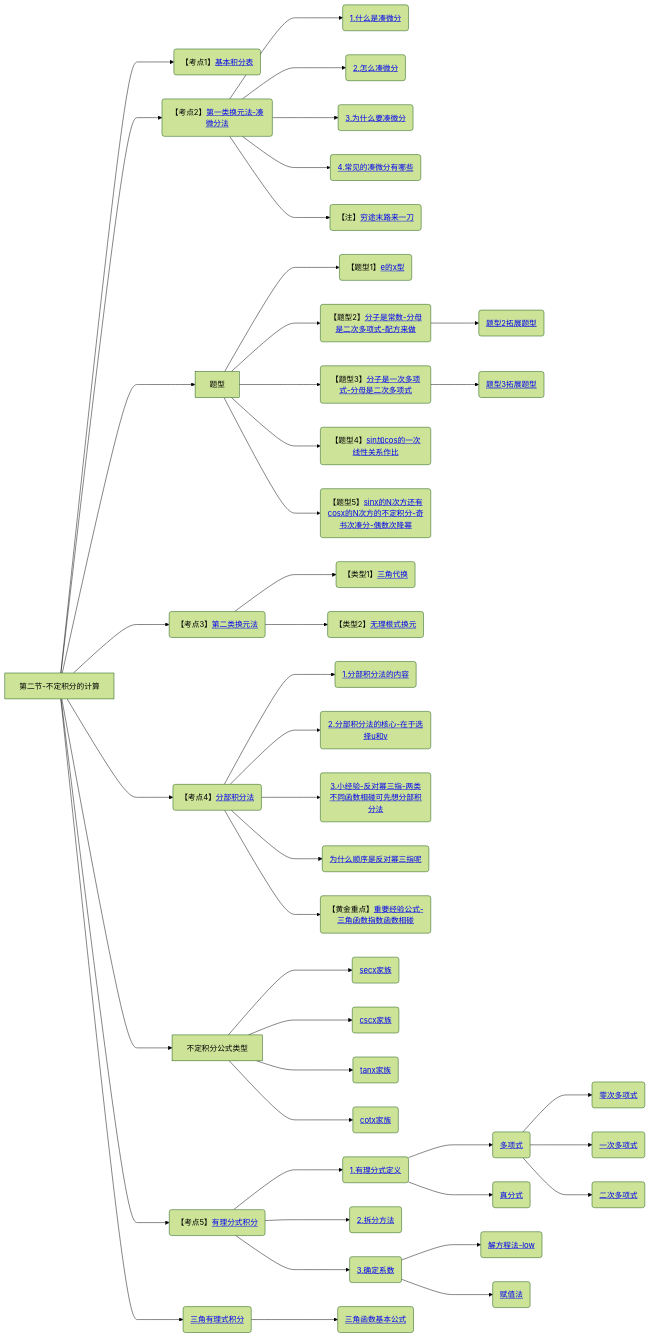
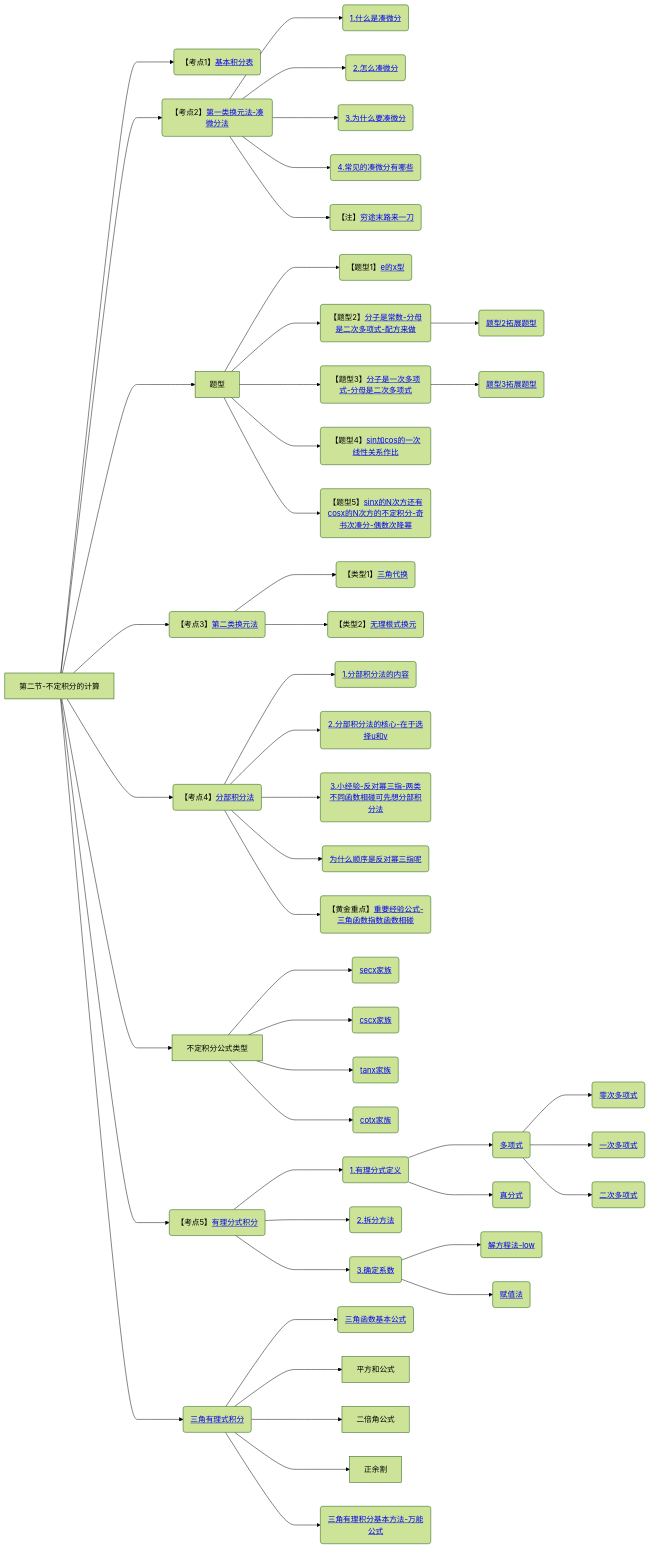
Diagram 18 of 18 in 笔记/数学/周洋鑫/01.基础班思维导图.md (yuebinghui/note), drawn with Mermaid (forest theme) before and after one commit. The commit also changed 5 other files, not shown here.

````diff
--- a/笔记/数学/周洋鑫/01.基础班思维导图.md
+++ b/笔记/数学/周洋鑫/01.基础班思维导图.md
@@ -625,54 +625,58 @@
 ```mermaid
 graph LR
 第二节-不定积分的计算
 
 第二节-不定积分的计算--->基本积分表(【考点1】<a href="/Users/yuebinghui/Documents/program/github/note/笔记/数学/周洋鑫/基础班/18.不定积分_1.md#基本积分表">基本积分表</>)
 
 第二节-不定积分的计算--->第一类换元法-凑微分法(【考点2】<a href="/Users/yuebinghui/Documents/program/github/note/笔记/数学/周洋鑫/基础班/18.不定积分_1.md#第一类换元法-凑微分法">第一类换元法-凑微分法</>)
 第一类换元法-凑微分法--->1.什么是凑微分(<a href="/Users/yuebinghui/Documents/program/github/note/笔记/数学/周洋鑫/基础班/18.不定积分_1.md#1.什么是凑微分">1.什么是凑微分</>)
 第一类换元法-凑微分法--->2.怎么凑微分(<a href="/Users/yuebinghui/Documents/program/github/note/笔记/数学/周洋鑫/基础班/18.不定积分_1.md#2.怎么凑微分">2.怎么凑微分</>)
 第一类换元法-凑微分法--->3.为什么要凑微分(<a href="/Users/yuebinghui/Documents/program/github/note/笔记/数学/周洋鑫/基础班/18.不定积分_1.md#3.为什么要凑微分">3.为什么要凑微分</>)
 第一类换元法-凑微分法--->4.常见的凑微分有哪些(<a href="/Users/yuebinghui/Documents/program/github/note/笔记/数学/周洋鑫/基础班/18.不定积分_1.md#4.常见的凑微分有哪些">4.常见的凑微分有哪些</>)
 第一类换元法-凑微分法--->穷途末路来一刀(【注】<a href="/Users/yuebinghui/Documents/program/github/note/笔记/数学/周洋鑫/基础班/18.不定积分_1.md#穷途末路来一刀">穷途末路来一刀</>)
 
 第二节-不定积分的计算--->题型
 题型--->e的x型(【题型1】<a href="/Users/yuebinghui/Documents/program/github/note/笔记/数学/周洋鑫/基础班/18.不定积分_1.md#e的x型">e的x型</>)
 题型--->分子是常数-分母是二次多项式-配方来做(【题型2】<a href="/Users/yuebinghui/Documents/program/github/note/笔记/数学/周洋鑫/基础班/19.不定积分_2.md#分子是常数-分母是二次多项式-配方来做">分子是常数-分母是二次多项式-配方来做</>)
 分子是常数-分母是二次多项式-配方来做--->题型2拓展题型(<a href="/Users/yuebinghui/Documents/program/github/note/笔记/数学/周洋鑫/基础班/19.不定积分_2.md#题型2拓展题型">题型2拓展题型</>)
 题型--->分子是一次多项式-分母是二次多项式(【题型3】<a href="/Users/yuebinghui/Documents/program/github/note/笔记/数学/周洋鑫/基础班/19.不定积分_2.md#分子是一次多项式-分母是二次多项式">分子是一次多项式-分母是二次多项式</>)
 分子是一次多项式-分母是二次多项式--->题型3拓展题型(<a href="/Users/yuebinghui/Documents/program/github/note/笔记/数学/周洋鑫/基础班/19.不定积分_2.md#题型3拓展题型">题型3拓展题型</>)
 题型--->sin加cos的一次线性关系作比(【题型4】<a href="/Users/yuebinghui/Documents/program/github/note/笔记/数学/周洋鑫/基础班/19.不定积分_2.md#sin加cos的一次线性关系作比">sin加cos的一次线性关系作比</>)
 题型--->sinx的N次方还有cosx的N次方的不定积分-奇书次凑分-偶数次降幂(【题型5】<a href="/Users/yuebinghui/Documents/program/github/note/笔记/数学/周洋鑫/基础班/19.不定积分_2.md#sinx的N次方还有cosx的N次方的不定积分-奇书次凑分-偶数次降幂">sinx的N次方还有cosx的N次方的不定积分-奇书次凑分-偶数次降幂</>)
 
 第二节-不定积分的计算--->第二类换元法(【考点3】<a href="/Users/yuebinghui/Documents/program/github/note/笔记/数学/周洋鑫/基础班/19.不定积分_2.md#第二类换元法">第二类换元法</>)
 第二类换元法--->三角代换(【类型1】<a href="/Users/yuebinghui/Documents/program/github/note/笔记/数学/周洋鑫/基础班/19.不定积分_2.md#三角代换">三角代换</>)
 第二类换元法--->无理根式换元(【类型2】<a href="/Users/yuebinghui/Documents/program/github/note/笔记/数学/周洋鑫/基础班/19.不定积分_2.md#无理根式换元">无理根式换元</>)
 
 第二节-不定积分的计算--->分部积分法(【考点4】<a href="/Users/yuebinghui/Documents/program/github/note/笔记/数学/周洋鑫/基础班/19.不定积分_2.md#分部积分法">分部积分法</>)
 分部积分法--->1.分部积分法的内容(<a href="/Users/yuebinghui/Documents/program/github/note/笔记/数学/周洋鑫/基础班/19.不定积分_2.md#1.分部积分法的内容">1.分部积分法的内容</>)
 分部积分法--->2.分部积分法的核心-在于选择u和v(<a href="/Users/yuebinghui/Documents/program/github/note/笔记/数学/周洋鑫/基础班/19.不定积分_2.md#2.分部积分法的核心-在于选择u和v">2.分部积分法的核心-在于选择u和v</>)
 分部积分法--->3.小经验-反对幂三指-两类不同函数相碰可先想分部积分法(<a href="/Users/yuebinghui/Documents/program/github/note/笔记/数学/周洋鑫/基础班/19.不定积分_2.md#3.小经验-反对幂三指-两类不同函数相碰可先想分部积分法">3.小经验-反对幂三指-两类不同函数相碰可先想分部积分法</>)
 分部积分法--->为什么顺序是反对幂三指呢(<a href="/Users/yuebinghui/Documents/program/github/note/笔记/数学/周洋鑫/基础班/19.不定积分_2.md#为什么顺序是反对幂三指呢">为什么顺序是反对幂三指呢</>)
 分部积分法--->重要经验公式-三角函数指数函数相碰(【黄金重点】<a href="/Users/yuebinghui/Documents/program/github/note/笔记/数学/周洋鑫/基础班/19.不定积分_2.md#重要经验公式-三角函数指数函数相碰">重要经验公式-三角函数指数函数相碰</>)
 
 第二节-不定积分的计算--->不定积分公式类型
 不定积分公式类型--->secx家族(<a href="/Users/yuebinghui/Documents/program/github/note/笔记/数学/周洋鑫/基础班/20.不定积分_3.md#secx家族">secx家族</>)
 不定积分公式类型--->cscx家族(<a href="/Users/yuebinghui/Documents/program/github/note/笔记/数学/周洋鑫/基础班/20.不定积分_3.md#cscx家族">cscx家族</>)
 不定积分公式类型--->tanx家族(<a href="/Users/yuebinghui/Documents/program/github/note/笔记/数学/周洋鑫/基础班/20.不定积分_3.md#tanx家族">tanx家族</>)
 不定积分公式类型--->cotx家族(<a href="/Users/yuebinghui/Documents/program/github/note/笔记/数学/周洋鑫/基础班/20.不定积分_3.md#cotx家族">cotx家族</>)
 
 第二节-不定积分的计算--->有理分式积分(【考点5】<a href="/Users/yuebinghui/Documents/program/github/note/笔记/数学/周洋鑫/基础班/20.不定积分_3.md#有理分式积分">有理分式积分</>)
 有理分式积分--->1.有理分式定义(<a href="/Users/yuebinghui/Documents/program/github/note/笔记/数学/周洋鑫/基础班/20.不定积分_3.md#1.有理分式定义">1.有理分式定义</>)
 1.有理分式定义--->多项式(<a href="/Users/yuebinghui/Documents/program/github/note/笔记/数学/周洋鑫/基础班/20.不定积分_3.md#多项式">多项式</>)
 多项式--->零次多项式(<a href="/Users/yuebinghui/Documents/program/github/note/笔记/数学/周洋鑫/基础班/20.不定积分_3.md#零次多项式">零次多项式</>)
 多项式--->一次多项式(<a href="/Users/yuebinghui/Documents/program/github/note/笔记/数学/周洋鑫/基础班/20.不定积分_3.md#一次多项式">一次多项式</>)
 多项式--->二次多项式(<a href="/Users/yuebinghui/Documents/program/github/note/笔记/数学/周洋鑫/基础班/20.不定积分_3.md#二次多项式">二次多项式</>)
 1.有理分式定义--->真分式(<a href="/Users/yuebinghui/Documents/program/github/note/笔记/数学/周洋鑫/基础班/20.不定积分_3.md#真分式">真分式</>)
 有理分式积分--->2.拆分方法(<a href="/Users/yuebinghui/Documents/program/github/note/笔记/数学/周洋鑫/基础班/20.不定积分_3.md#2.拆分方法">2.拆分方法</>)
 有理分式积分--->3.确定系数(<a href="/Users/yuebinghui/Documents/program/github/note/笔记/数学/周洋鑫/基础班/20.不定积分_3.md#3.确定系数">3.确定系数</>)
 3.确定系数--->解方程法-low(<a href="/Users/yuebinghui/Documents/program/github/note/笔记/数学/周洋鑫/基础班/20.不定积分_3.md#解方程法-low">解方程法-low</>)
 3.确定系数--->赋值法(<a href="/Users/yuebinghui/Documents/program/github/note/笔记/数学/周洋鑫/基础班/20.不定积分_3.md#赋值法">赋值法</>)
 
 第二节-不定积分的计算--->三角有理式积分(<a href="/Users/yuebinghui/Documents/program/github/note/笔记/数学/周洋鑫/基础班/20.不定积分_3.md#三角有理式积分">三角有理式积分</>)
 三角有理式积分--->三角函数基本公式(<a href="/Users/yuebinghui/Documents/program/github/note/笔记/数学/周洋鑫/基础班/20.不定积分_3.md#三角函数基本公式">三角函数基本公式</>)
+三角有理式积分--->平方和公式
+三角有理式积分--->二倍角公式
+三角有理式积分--->正余割
+三角有理式积分--->三角有理积分基本方法-万能公式(<a href="/Users/yuebinghui/Documents/program/github/note/笔记/数学/周洋鑫/基础班/20.不定积分_3.md#三角有理积分基本方法-万能公式">三角有理积分基本方法-万能公式</>)
 ```
````
